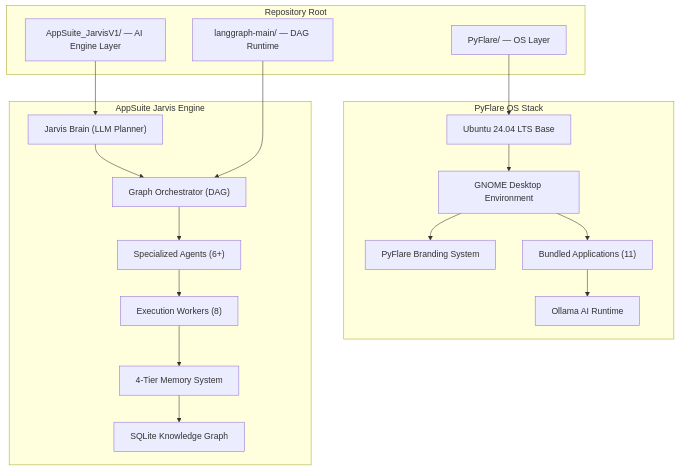
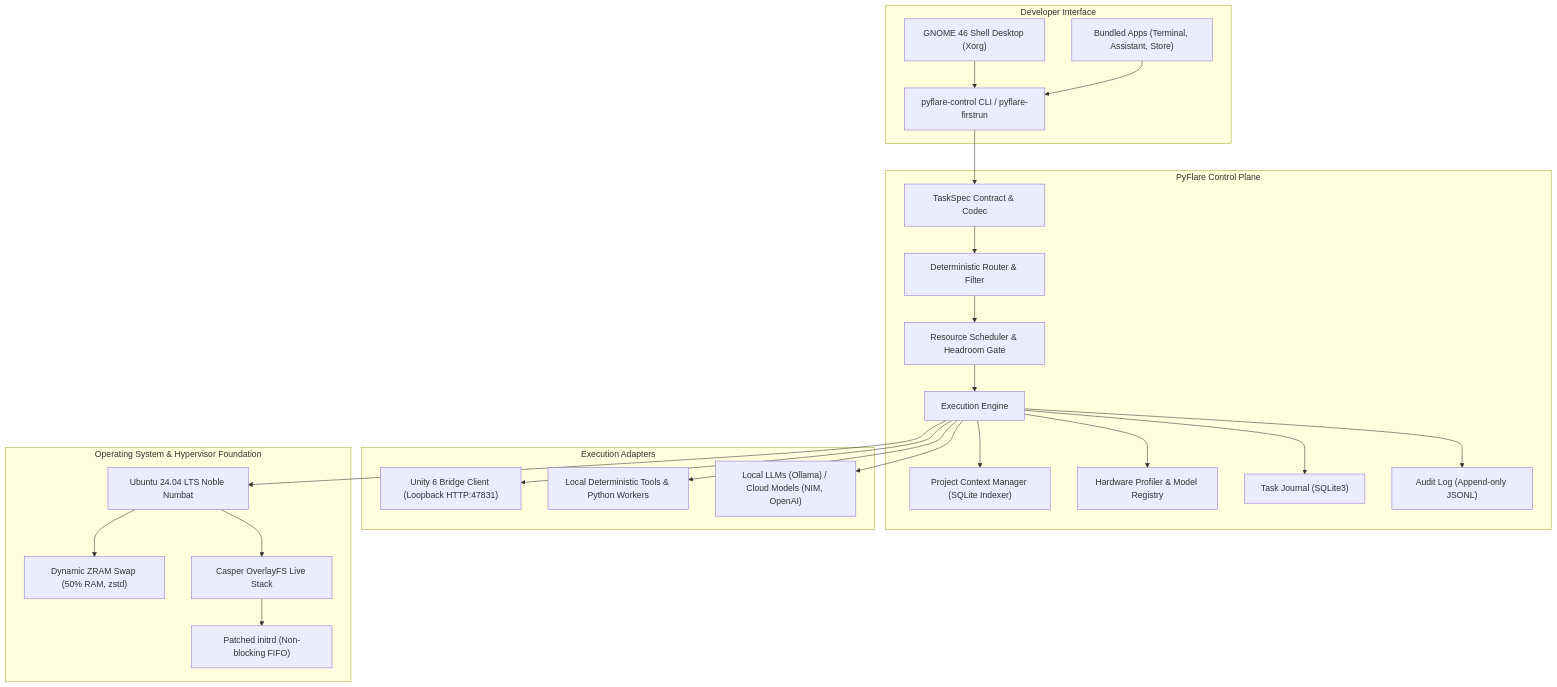
One commit to aachaman52/Appsuite changed the first of 2 diagrams in PyFlare/docs/architecture.md. Above: the diagram before and after it, drawn with Mermaid. The commit also changed other lines of this file and 19 other files, not shown here.

````diff
--- a/PyFlare/docs/architecture.md
+++ b/PyFlare/docs/architecture.md
@@ -40,38 +53,50 @@
 ```mermaid
 graph TD
-    subgraph "Repository Root"
-        PF["PyFlare/ — OS Layer"]
-        AS["AppSuite_JarvisV1/ — AI Engine Layer"]
-        LG["langgraph-main/ — DAG Runtime"]
+    subgraph "Developer Interface"
+        UI["GNOME 46 Shell Desktop (Xorg)"]
+        CLI["pyflare-control CLI / pyflare-firstrun"]
+        APPS["Bundled Apps (Terminal, Assistant, Store)"]
     end
 
-    subgraph "PyFlare OS Stack"
-        BC["Ubuntu 24.04 LTS Base"]
-        DE["GNOME Desktop Environment"]
-        BR["PyFlare Branding System"]
-        AP["Bundled Applications (11)"]
-        AI["Ollama AI Runtime"]
+    subgraph "PyFlare Control Plane"
+        TS["TaskSpec Contract & Codec"]
+        ROUTER["Deterministic Router & Filter"]
+        SCHED["Resource Scheduler & Headroom Gate"]
+        ENGINE["Execution Engine"]
+        CTX["Project Context Manager (SQLite Indexer)"]
+        HW["Hardware Profiler & Model Registry"]
+        JOURNAL["Task Journal (SQLite3)"]
+        AUDIT["Audit Log (Append-only JSONL)"]
     end
 
-    subgraph "AppSuite Jarvis Engine"
-        JB["Jarvis Brain (LLM Planner)"]
-        ORC["Graph Orchestrator (DAG)"]
-        AGT["Specialized Agents (6+)"]
-        WKR["Execution Workers (8)"]
-        MEM["4-Tier Memory System"]
-        DB["SQLite Knowledge Graph"]
+    subgraph "Execution Adapters"
+        UNITY["Unity 6 Bridge Client (Loopback HTTP:47831)"]
+        LOCAL["Local Deterministic Tools & Python Workers"]
+        MODELS["Local LLMs (Ollama) / Cloud Models (NIM, OpenAI)"]
     end
 
-    PF --> BC
-    BC --> DE
-    DE --> BR
-    DE --> AP
-    AP --> AI
-    AS --> JB
-    JB --> ORC
-    ORC --> AGT
-    AGT --> WKR
-    WKR --> MEM
-    MEM --> DB
-    LG --> ORC
+    subgraph "Operating System & Hypervisor Foundation"
+        UBUNTU["Ubuntu 24.04 LTS Noble Numbat"]
+        ZRAM["Dynamic ZRAM Swap (50% RAM, zstd)"]
+        CASPER["Casper OverlayFS Live Stack"]
+        INITRD["Patched initrd (Non-blocking FIFO)"]
+    end
+
+    UI --> CLI
+    APPS --> CLI
+    CLI --> TS
+    TS --> ROUTER
+    ROUTER --> SCHED
+    SCHED --> ENGINE
+    ENGINE --> CTX
+    ENGINE --> HW
+    ENGINE --> JOURNAL
+    ENGINE --> AUDIT
+    ENGINE --> UNITY
+    ENGINE --> LOCAL
+    ENGINE --> MODELS
+    ENGINE --> UBUNTU
+    UBUNTU --> ZRAM
+    UBUNTU --> CASPER
+    CASPER --> INITRD
 ```
````
